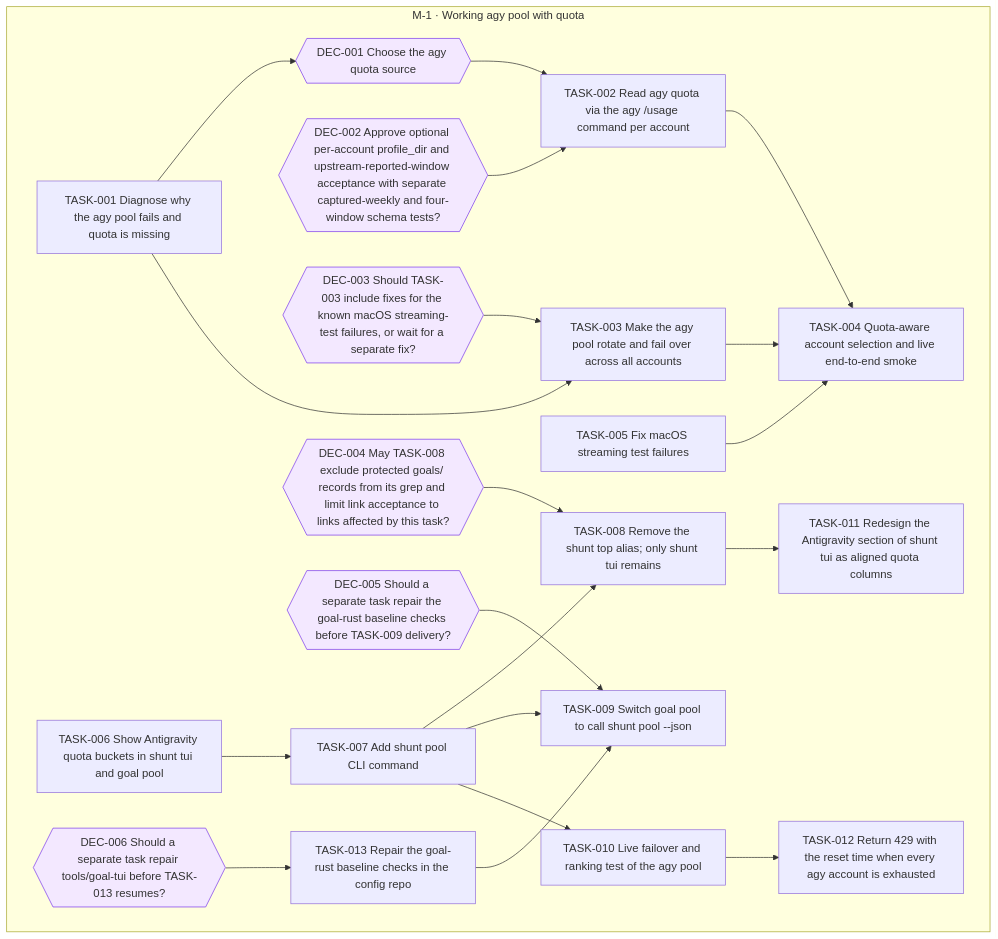
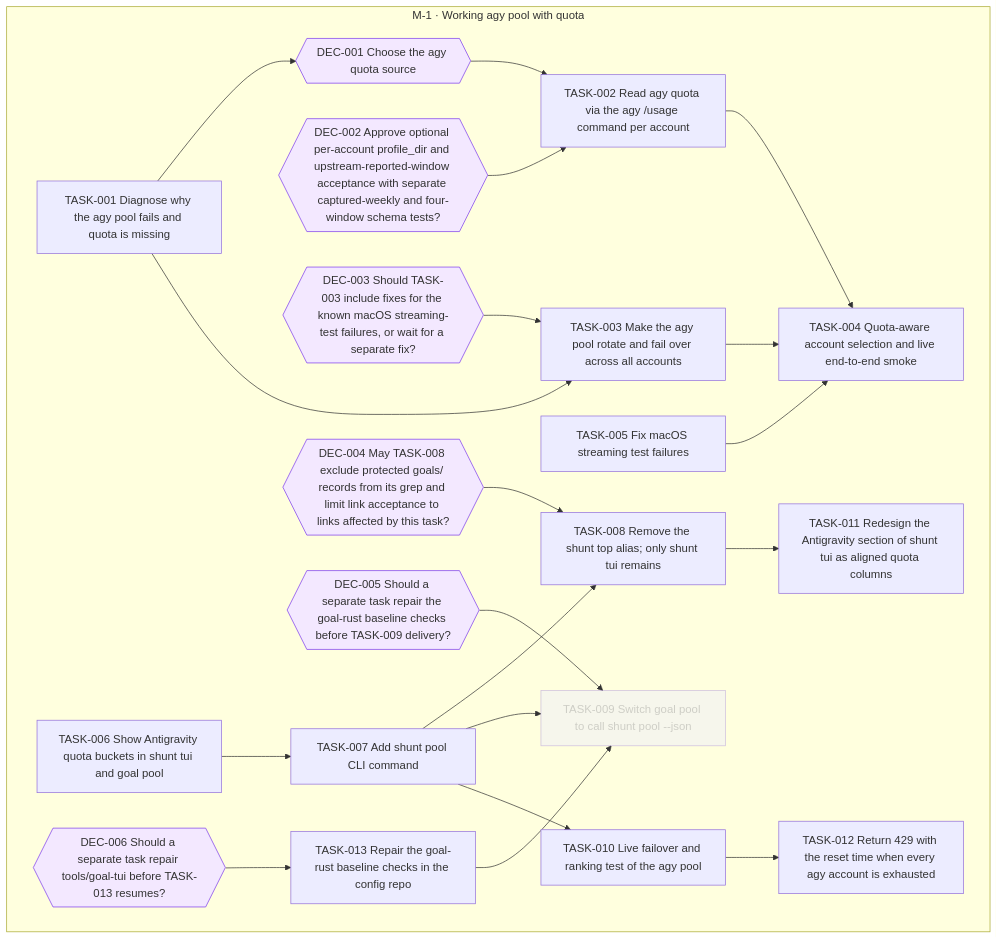
The diagram in goals/agy-pool/README.md (jesusvillota/shunt), drawn with Mermaid before and after one commit. The commit also changed 2 other files, not shown here.

Commit message:
goal(agy-pool): cancel TASK-009: Owner is switching goal pool to shunt pool directly in the config repo; no longer done through this goal.

````diff
--- a/goals/agy-pool/README.md
+++ b/goals/agy-pool/README.md
@@ -19,51 +19,52 @@
 ```mermaid
 flowchart TD
   subgraph M_1["M-1 · Working agy pool with quota"]
     DEC_001{{"DEC-001 Choose the agy quota source"}}
     DEC_002{{"DEC-002 Approve optional per-account profile_dir and upstream-reported-window acceptance with separate captured-weekly and four-window schema tests?"}}
     DEC_003{{"DEC-003 Should TASK-003 include fixes for the known macOS streaming-test failures, or wait for a separate fix?"}}
     DEC_004{{"DEC-004 May TASK-008 exclude protected goals/ records from its grep and limit link acceptance to links affected by this task?"}}
     DEC_005{{"DEC-005 Should a separate task repair the goal-rust baseline checks before TASK-009 delivery?"}}
     DEC_006{{"DEC-006 Should a separate task repair tools/goal-tui before TASK-013 resumes?"}}
     TASK_001["TASK-001 Diagnose why the agy pool fails and quota is missing"]
     TASK_002["TASK-002 Read agy quota via the agy /usage command per account"]
     TASK_003["TASK-003 Make the agy pool rotate and fail over across all accounts"]
     TASK_004["TASK-004 Quota-aware account selection and live end-to-end smoke"]
     TASK_005["TASK-005 Fix macOS streaming test failures"]
     TASK_006["TASK-006 Show Antigravity quota buckets in shunt tui and goal pool"]
     TASK_007["TASK-007 Add shunt pool CLI command"]
     TASK_008["TASK-008 Remove the shunt top alias; only shunt tui remains"]
     TASK_009["TASK-009 Switch goal pool to call shunt pool --json"]
     TASK_010["TASK-010 Live failover and ranking test of the agy pool"]
     TASK_011["TASK-011 Redesign the Antigravity section of shunt tui as aligned quota columns"]
     TASK_012["TASK-012 Return 429 with the reset time when every agy account is exhausted"]
     TASK_013["TASK-013 Repair the goal-rust baseline checks in the config repo"]
   end
   TASK_001 --> DEC_001
   DEC_001 --> TASK_002
   DEC_002 --> TASK_002
   TASK_001 --> TASK_003
   DEC_003 --> TASK_003
   TASK_002 --> TASK_004
   TASK_003 --> TASK_004
   TASK_005 --> TASK_004
   TASK_006 --> TASK_007
   TASK_007 --> TASK_008
   DEC_004 --> TASK_008
   TASK_007 --> TASK_009
   DEC_005 --> TASK_009
   TASK_013 --> TASK_009
   TASK_007 --> TASK_010
   TASK_008 --> TASK_011
   TASK_010 --> TASK_012
   DEC_006 --> TASK_013
   classDef draft stroke-dasharray: 4 3
   classDef cancelled opacity:0.45
   classDef decision fill:#f3e8ff,stroke:#7c3aed
+  class TASK_009 cancelled
   class DEC_001 decision
   class DEC_002 decision
   class DEC_003 decision
   class DEC_004 decision
   class DEC_005 decision
   class DEC_006 decision
 ```
````
